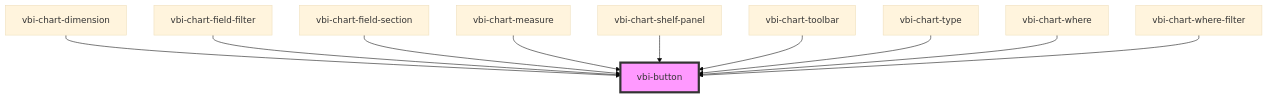
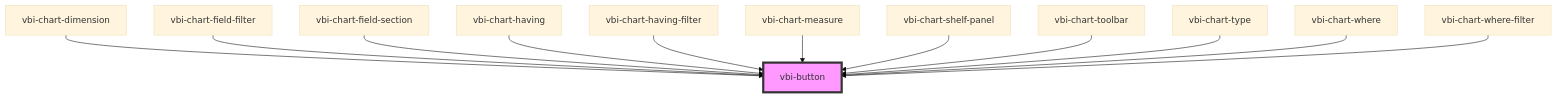
One commit to Ditto190/VBI-modme changed the diagram in packages/vbi-component/src/components/ui/vbi-button/readme.md. Above: the diagram before and after it, drawn with Mermaid (base theme). The commit also changed other lines of this file and 20 other files, not shown here.

Commit message:
feat(vbi-component): add vbi-chart-having and vbi-chart-having-filter components

````diff
--- a/packages/vbi-component/src/components/ui/vbi-button/readme.md
+++ b/packages/vbi-component/src/components/ui/vbi-button/readme.md
@@ -34,13 +36,15 @@
 ```mermaid
 graph TD;
   vbi-chart-dimension --> vbi-button
   vbi-chart-field-filter --> vbi-button
   vbi-chart-field-section --> vbi-button
+  vbi-chart-having --> vbi-button
+  vbi-chart-having-filter --> vbi-button
   vbi-chart-measure --> vbi-button
   vbi-chart-shelf-panel --> vbi-button
   vbi-chart-toolbar --> vbi-button
   vbi-chart-type --> vbi-button
   vbi-chart-where --> vbi-button
   vbi-chart-where-filter --> vbi-button
   style vbi-button fill:#f9f,stroke:#333,stroke-width:4px
 ```
````
